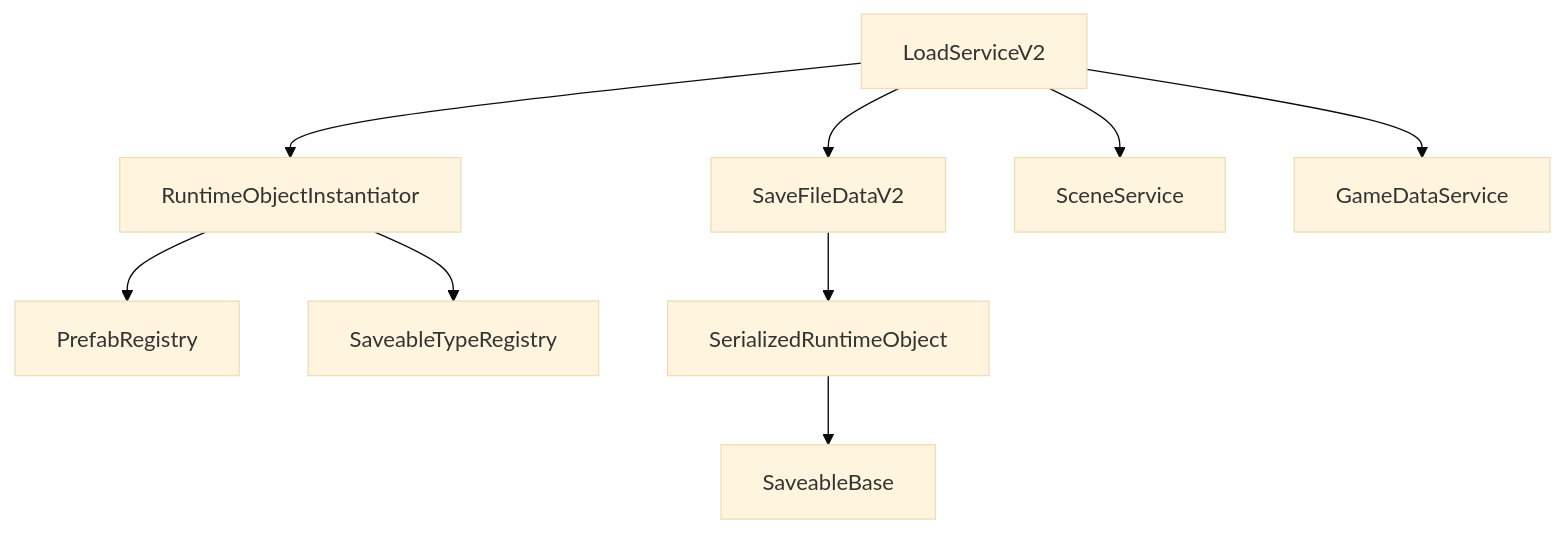
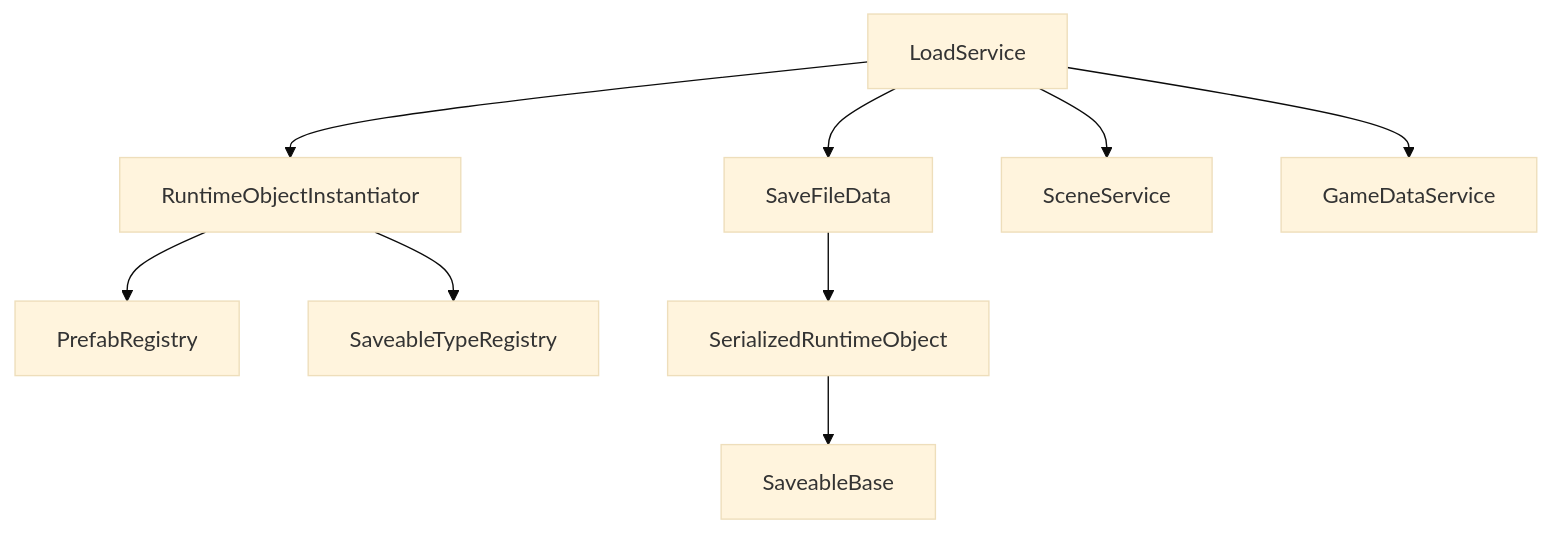
Before and after one commit to gary-boyle/UCTools_BaseProject: the diagram in Assets/Documentation/LoadSystem_Documentation.md, drawn with Mermaid (base theme). The commit also changed other lines of this file and 21 other files, not shown here.

````diff
--- a/Assets/Documentation/LoadSystem_Documentation.md
+++ b/Assets/Documentation/LoadSystem_Documentation.md
@@ -23,11 +23,11 @@
 ```mermaid
 graph TB
-    A[LoadServiceV2] --> B[SaveFileDataV2]
+    A[LoadService] --> B[SaveFileData]
     A --> C[RuntimeObjectInstantiator]
     C --> D[PrefabRegistry]
     C --> E[SaveableTypeRegistry]
     A --> F[SceneService]
     A --> G[GameDataService]
     B --> H[SerializedRuntimeObject]
     H --> I[SaveableBase]
 ```
````
